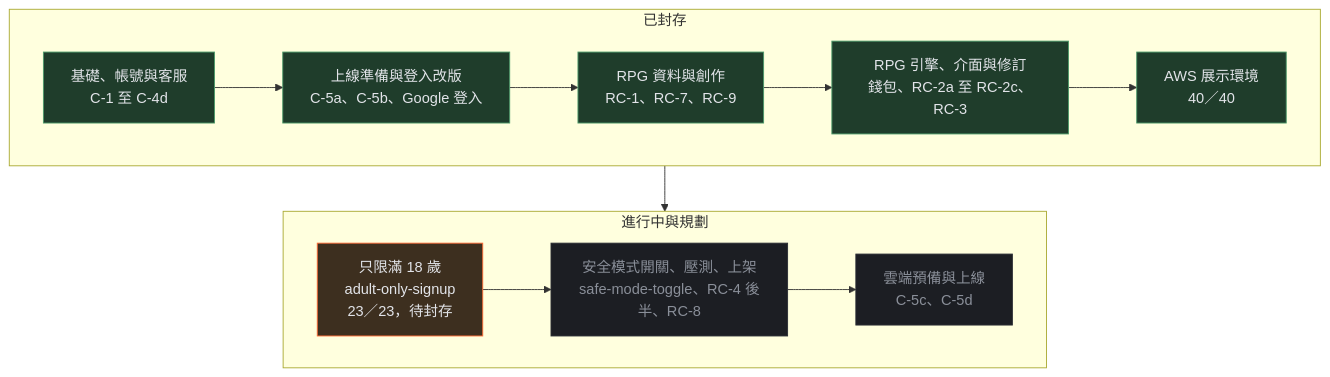
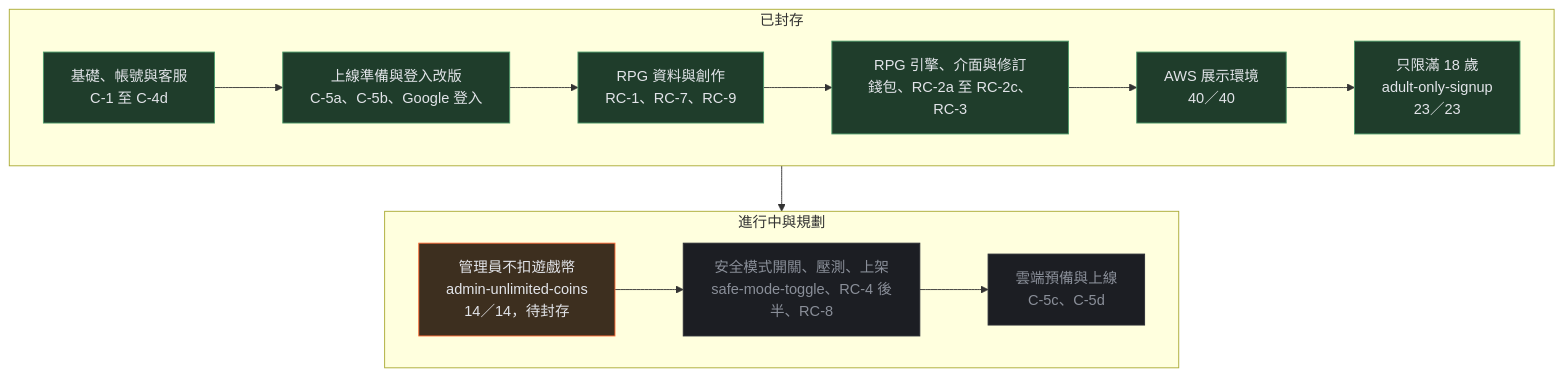
Diagram 18 of 18 in docs/2.0簡報.md (pp466pp466/R.A.C), drawn with Mermaid before and after one commit. The commit also changed other lines of this file and 7 other files, not shown here.

First line of the commit message:
簡報與圖解：admin-unlimited-coins 待封存、adult-only-signup 已封存、數字更新，新增 2.1簡報.pptx

````diff
--- a/docs/2.0簡報.md
+++ b/docs/2.0簡報.md
@@ -907,15 +907,15 @@
 ```mermaid
 flowchart TB
     subgraph R1["已封存"]
         direction LR
-        A["基礎、帳號與客服<br/>C-1 至 C-4d"]:::done --> B["上線準備與登入改版<br/>C-5a、C-5b、Google 登入"]:::done --> C["RPG 資料與創作<br/>RC-1、RC-7、RC-9"]:::done --> D["RPG 引擎、介面與修訂<br/>錢包、RC-2a 至 RC-2c、RC-3"]:::done --> E["AWS 展示環境<br/>40／40"]:::done
+        A["基礎、帳號與客服<br/>C-1 至 C-4d"]:::done --> B["上線準備與登入改版<br/>C-5a、C-5b、Google 登入"]:::done --> C["RPG 資料與創作<br/>RC-1、RC-7、RC-9"]:::done --> D["RPG 引擎、介面與修訂<br/>錢包、RC-2a 至 RC-2c、RC-3"]:::done --> E["AWS 展示環境<br/>40／40"]:::done --> E2["只限滿 18 歲<br/>adult-only-signup<br/>23／23"]:::done
     end
     subgraph R2["進行中與規劃"]
         direction LR
-        F["只限滿 18 歲<br/>adult-only-signup<br/>23／23，待封存"]:::active --> G["安全模式開關、壓測、上架<br/>safe-mode-toggle、RC-4 後半、RC-8"]:::plan --> H["雲端預備與上線<br/>C-5c、C-5d"]:::plan
+        F["管理員不扣遊戲幣<br/>admin-unlimited-coins<br/>14／14，待封存"]:::active --> G["安全模式開關、壓測、上架<br/>safe-mode-toggle、RC-4 後半、RC-8"]:::plan --> H["雲端預備與上線<br/>C-5c、C-5d"]:::plan
     end
     R1 --> R2
     classDef done fill:#1f3d2b,stroke:#4c9a6a,color:#e2e4e9
     classDef active fill:#3d2f1f,stroke:#ff6b35,color:#e2e4e9
     classDef plan fill:#1c1e23,stroke:#2a2d34,color:#8a8f99
 ```
````
